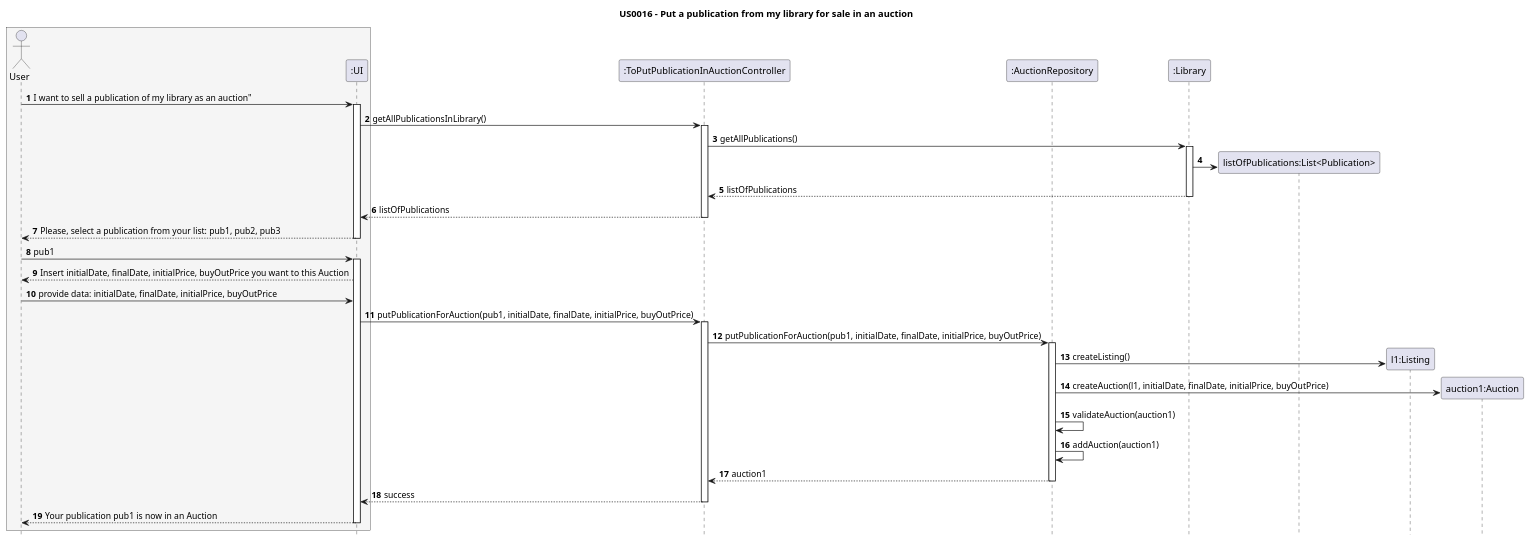
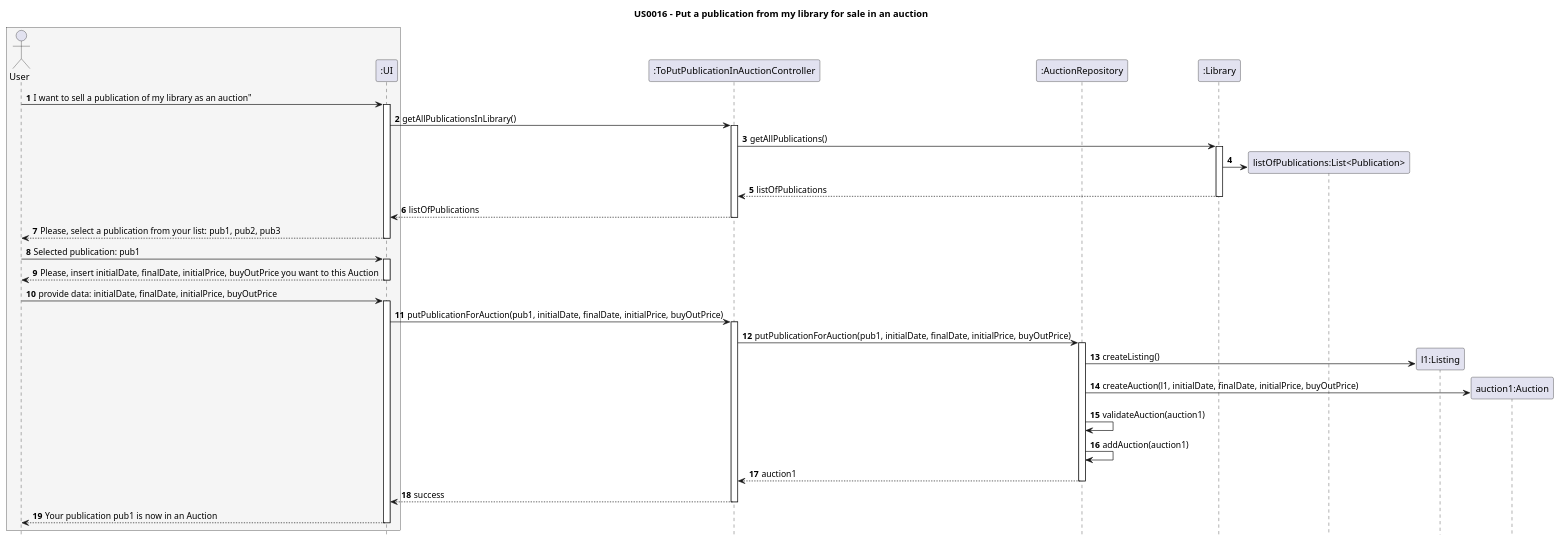
Before and after one commit to AndrePereiraGitH/SWitCH-Project-Team_A: the diagram in Diagrams/SequenceDiagrams/N2/US016-To-put-for-sale-as-Auction-publication-in-my-library.puml, drawn with PlantUML.

Commit message:
Working on #107, made some minor alterations (@ClaudiaLamas-switch)

```diff
--- a/Diagrams/SequenceDiagrams/N2/US016-To-put-for-sale-as-Auction-publication-in-my-library.puml
+++ b/Diagrams/SequenceDiagrams/N2/US016-To-put-for-sale-as-Auction-publication-in-my-library.puml
@@ -1,62 +1,63 @@
 @startuml
 autonumber
 hide footbox
 title US0016 - Put a publication from my library for sale in an auction
 
 box #whitesmoke
     actor User
     participant ":UI" as UI
 end box
 
     participant ":ToPutPublicationInAuctionController" as ctrl
 
     participant ":AuctionRepository" as AucRepo
 
     participant ":Library" as Lib
 
 
 
 
 User -> UI : I want to sell a publication of my library as an auction"
 activate UI
 UI -> ctrl : getAllPublicationsInLibrary()
 activate ctrl
 ctrl -> Lib : getAllPublications()
 activate Lib
 create "listOfPublications:List<Publication>" as listPub
 Lib -> listPub
 Lib --> ctrl : listOfPublications
 deactivate Lib
 ctrl --> UI : listOfPublications
 deactivate ctrl
 
 UI --> User : Please, select a publication from your list: pub1, pub2, pub3
 deactivate UI
-User -> UI : pub1
+User -> UI : Selected publication: pub1
 activate UI
-UI --> User : Insert initialDate, finalDate, initialPrice, buyOutPrice you want to this Auction
+UI --> User : Please, insert initialDate, finalDate, initialPrice, buyOutPrice you want to this Auction
+deactivate UI
 User -> UI : provide data: initialDate, finalDate, initialPrice, buyOutPrice
-
+activate UI
 
 
 UI -> ctrl : putPublicationForAuction(pub1, initialDate, finalDate, initialPrice, buyOutPrice)
 activate ctrl
 ctrl -> AucRepo : putPublicationForAuction(pub1, initialDate, finalDate, initialPrice, buyOutPrice)
 activate AucRepo
 
 create "l1:Listing" as l1
 AucRepo -> l1 : createListing()
 
 create "auction1:Auction" as a1
 AucRepo -> a1 : createAuction(l1, initialDate, finalDate, initialPrice, buyOutPrice)
 
 AucRepo -> AucRepo : validateAuction(auction1)
 AucRepo -> AucRepo : addAuction(auction1)
 AucRepo --> ctrl : auction1
 deactivate AucRepo
 
 ctrl --> UI : success
 deactivate ctrl
 UI --> User : Your publication pub1 is now in an Auction
 deactivate UI
 @enduml
```
